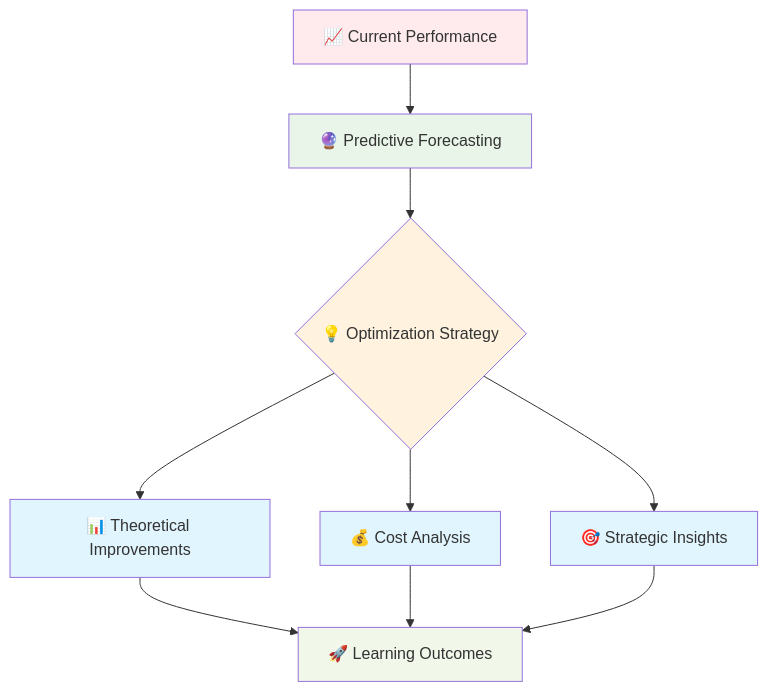
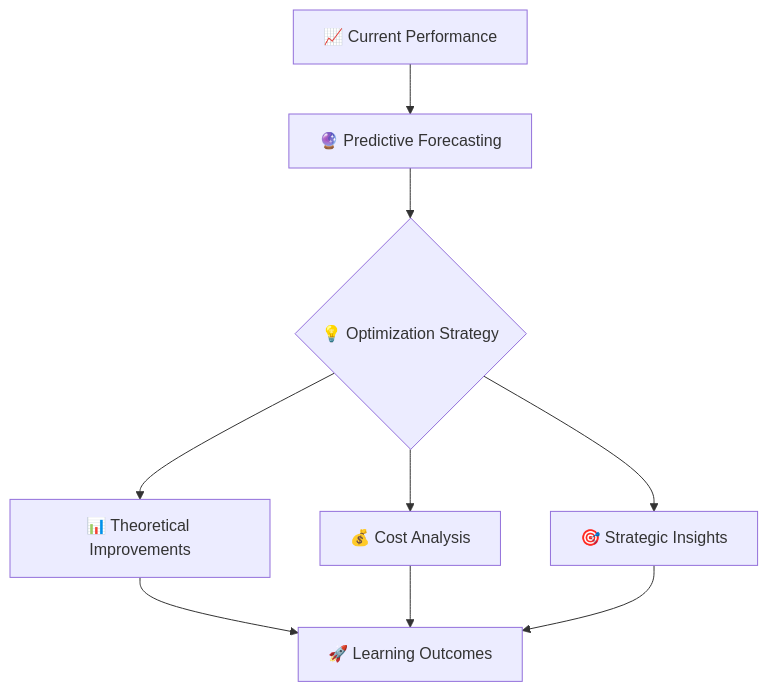
One commit to asadadnan11/kpi-forecasting-for-media-campaigns changed the second of 3 diagrams in README.md. Above: the diagram before and after it, drawn with Mermaid. The commit also changed other lines of this file, not shown here.

Commit message:
Fix white overlay issue on Mermaid diagrams by removing custom fill colors

````diff
--- a/README.md
+++ b/README.md
@@ -72,21 +65,13 @@
 ```mermaid
 graph TD
     A["📈 Current Performance"] --> B["🔮 Predictive Forecasting"]
     B --> C{"💡 Optimization Strategy"}
     
     C --> D1["📊 Theoretical Improvements"]
     C --> D2["💰 Cost Analysis"]
     C --> D3["🎯 Strategic Insights"]
     
     D1 --> E["🚀 Learning Outcomes"]
     D2 --> E
     D3 --> E
-    
-    style A fill:#ffebee
-    style B fill:#e8f5e8
-    style C fill:#fff3e0
-    style D1 fill:#e1f5fe
-    style D2 fill:#e1f5fe
-    style D3 fill:#e1f5fe
-    style E fill:#f1f8e9
 ```
````
